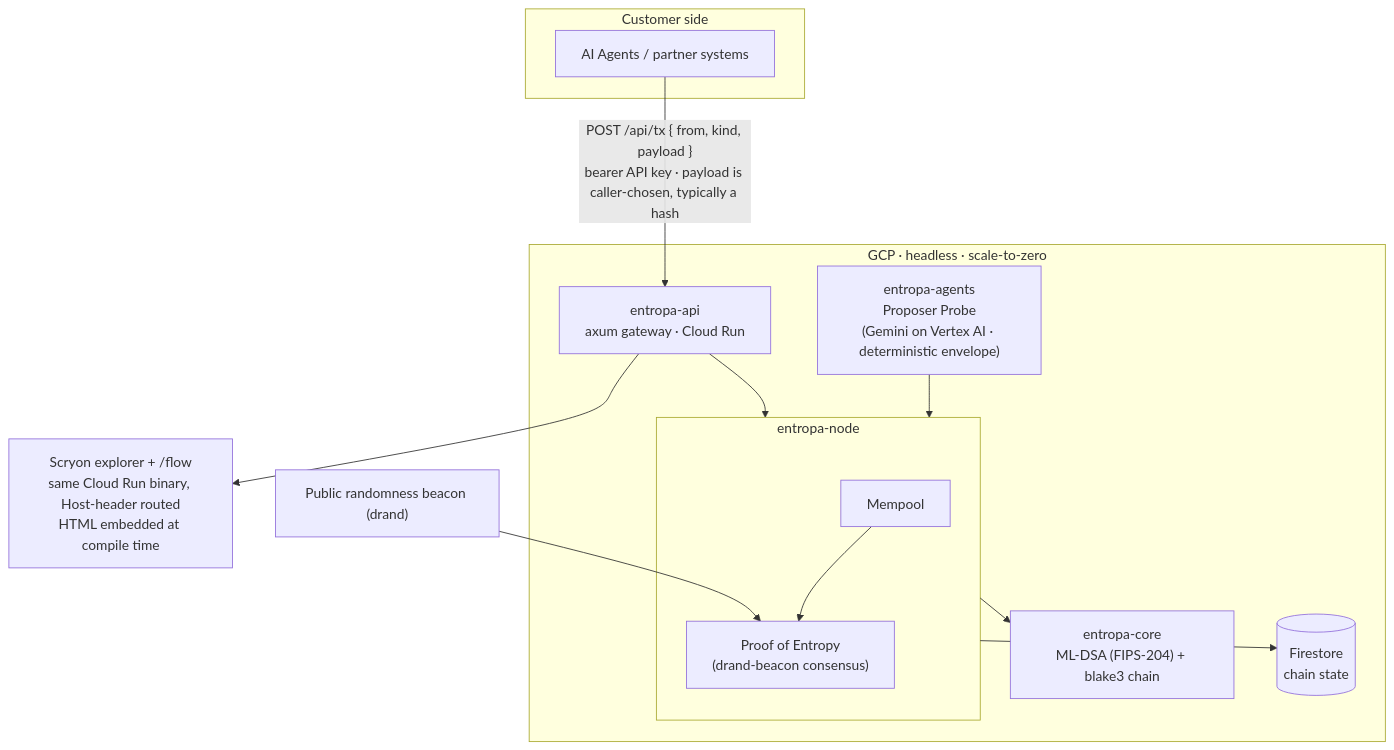
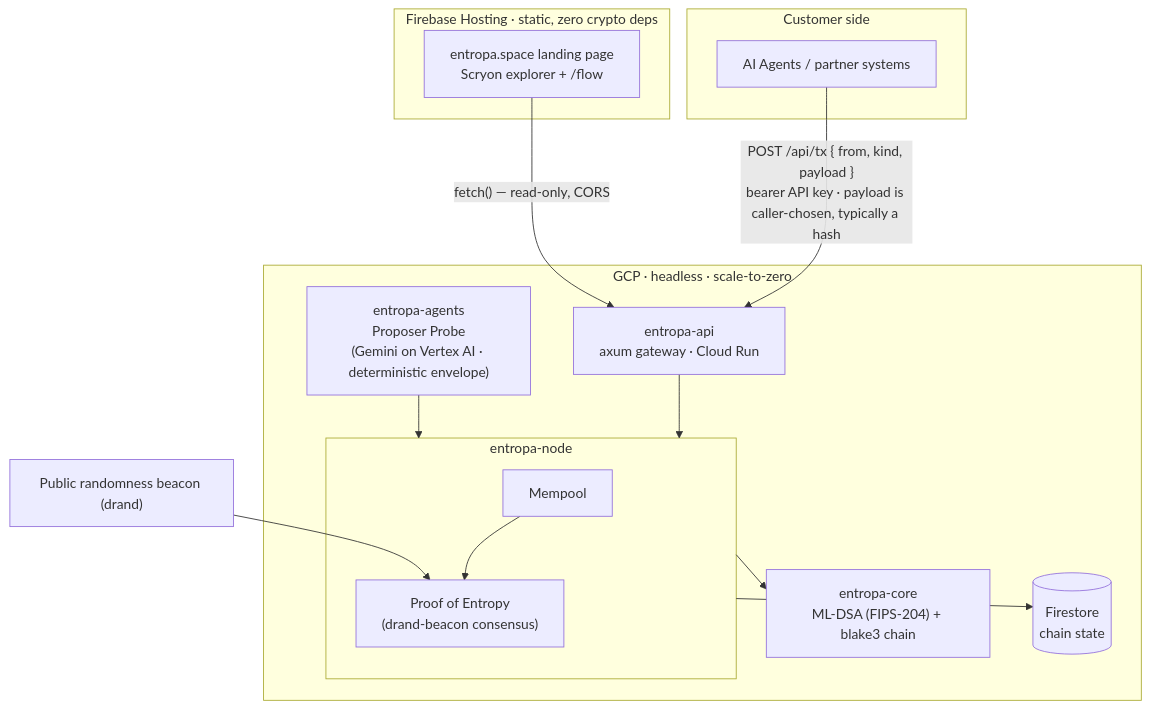
One commit to aimozart/entropa-public changed the first of 2 diagrams in ARCHITECTURE.md. Above: the diagram before and after it, drawn with Mermaid. The commit also changed other lines of this file and 1 other file, not shown here.

First line of the commit message:
Document website/validator coupling incident and corrected architecture

````diff
--- a/ARCHITECTURE.md
+++ b/ARCHITECTURE.md
@@ -8,26 +8,30 @@
 ```mermaid
 flowchart TB
   subgraph Customer["Customer side"]
     Agents["AI Agents / partner systems"]
   end
 
   Agents -->|"POST /api/tx { from, kind, payload }<br/>bearer API key · payload is caller-chosen, typically a hash"| API
 
   subgraph GCP["GCP · headless · scale-to-zero"]
     API["entropa-api<br/>axum gateway · Cloud Run"]
     subgraph NODE["entropa-node"]
       Mempool["Mempool"] --> PoE["Proof of Entropy<br/>(drand-beacon consensus)"]
     end
     PROBES["entropa-agents<br/>Proposer Probe<br/>(Gemini on Vertex AI · deterministic envelope)"]
     CORE["entropa-core<br/>ML-DSA (FIPS-204) + blake3 chain"]
     STORE[("Firestore<br/>chain state")]
 
     API --> NODE
     PROBES --> NODE
     NODE --> CORE
     NODE --> STORE
   end
 
   Beacon["Public randomness beacon (drand)"] --> PoE
-  API --> Scryon["Scryon explorer + /flow<br/>same Cloud Run binary, Host-header routed<br/>HTML embedded at compile time"]
+
+  subgraph SITE["Firebase Hosting · static, zero crypto deps"]
+    Scryon["entropa.space landing page<br/>Scryon explorer + /flow"]
+  end
+  Scryon -->|"fetch() — read-only, CORS"| API
 ```
````
